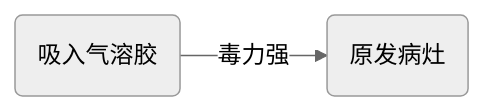
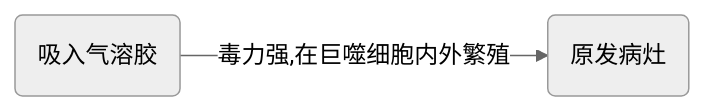
Before and after one commit to viket-vista/Notes: the second of 2 diagrams in 大三下/内科学.md, drawn with Mermaid (neutral theme). The commit also changed other lines of this file, not shown here.

````diff
--- a/大三下/内科学.md
+++ b/大三下/内科学.md
@@ -23,4 +23,4 @@
 ```mermaid
 graph LR
-a(吸入气溶胶) -- 毒力强 --> c(原发病灶)
+a(吸入气溶胶) -- 毒力强,在巨噬细胞内外繁殖 --> c(原发病灶)
 ```
````
